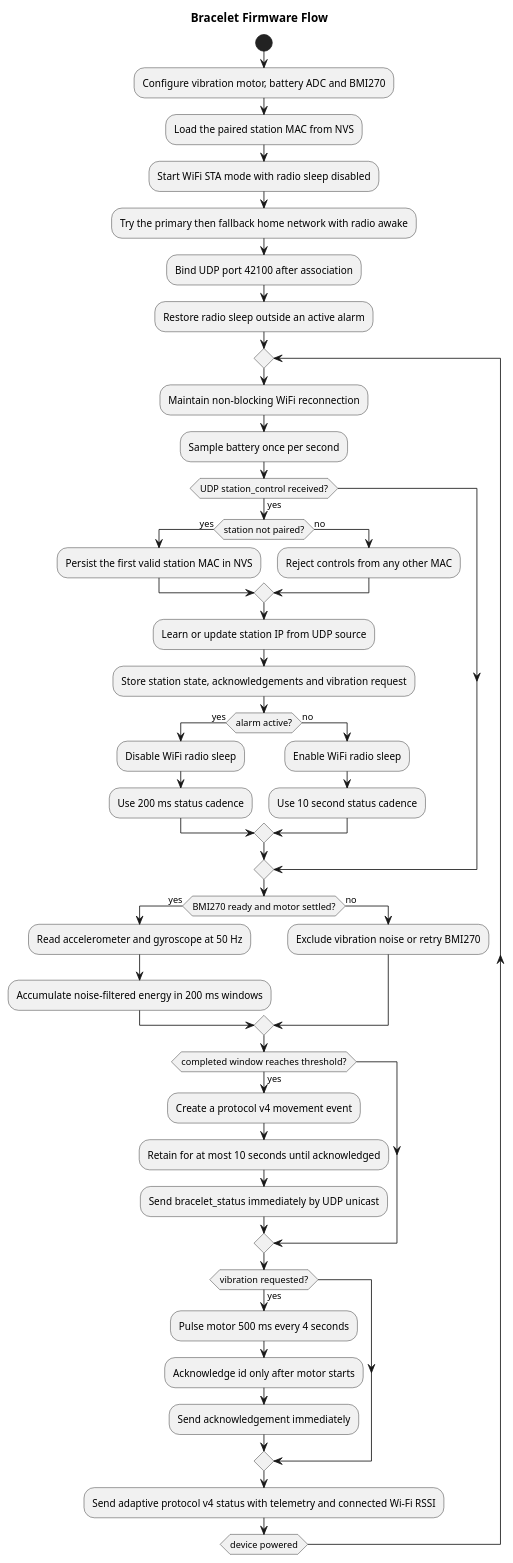
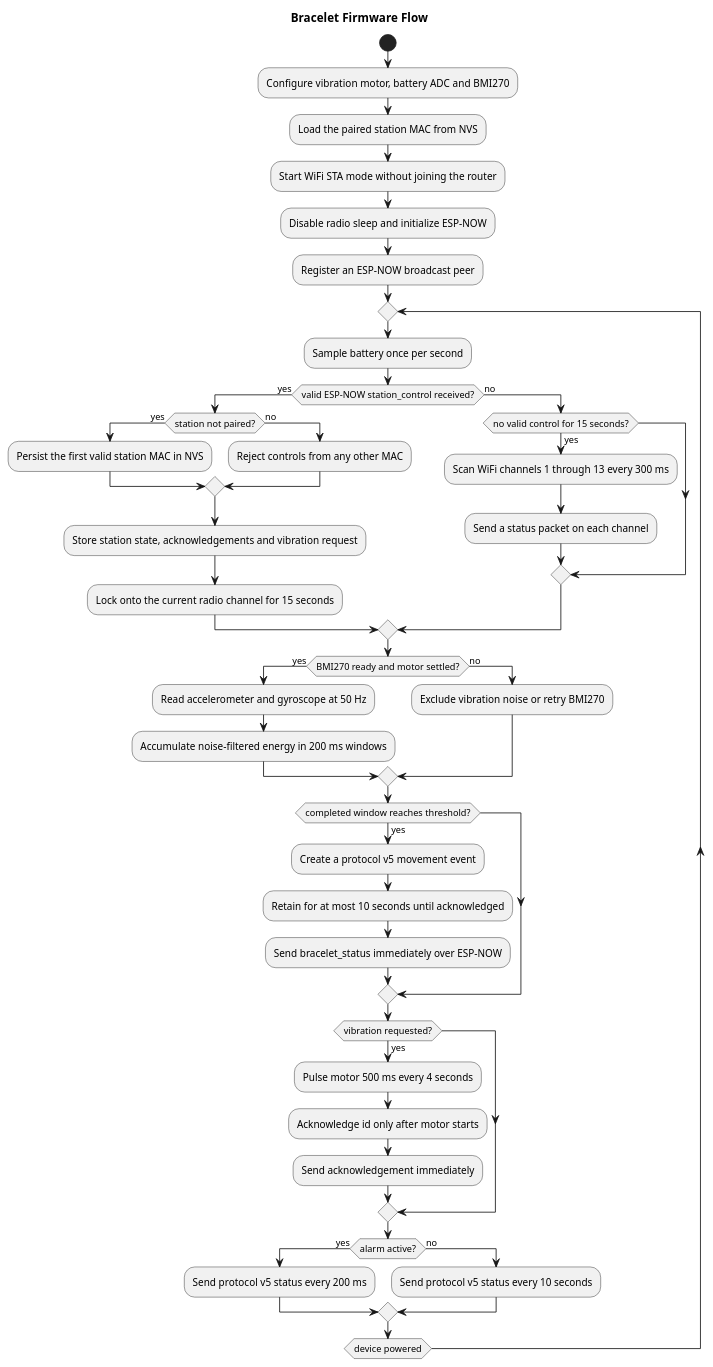
The diagram in code/bracelet/UML/bracelet_firmware_flow.puml (Jzn-wbr/Starter), drawn with PlantUML before and after one commit. The commit also changed 16 other files, not shown here.

Commit message:
Migrate alarm system to ESP-NOW and refine wake flow

```diff
--- a/code/bracelet/UML/bracelet_firmware_flow.puml
+++ b/code/bracelet/UML/bracelet_firmware_flow.puml
@@ -1,55 +1,55 @@
 @startuml
 title Bracelet Firmware Flow
 
 start
 :Configure vibration motor, battery ADC and BMI270;
 :Load the paired station MAC from NVS;
-:Start WiFi STA mode with radio sleep disabled;
-:Try the primary then fallback home network with radio awake;
-:Bind UDP port 42100 after association;
-:Restore radio sleep outside an active alarm;
+:Start WiFi STA mode without joining the router;
+:Disable radio sleep and initialize ESP-NOW;
+:Register an ESP-NOW broadcast peer;
 
 repeat
-  :Maintain non-blocking WiFi reconnection;
   :Sample battery once per second;
 
-  if (UDP station_control received?) then (yes)
+  if (valid ESP-NOW station_control received?) then (yes)
     if (station not paired?) then (yes)
       :Persist the first valid station MAC in NVS;
     else (no)
       :Reject controls from any other MAC;
     endif
-    :Learn or update station IP from UDP source;
     :Store station state, acknowledgements and vibration request;
-    if (alarm active?) then (yes)
-      :Disable WiFi radio sleep;
-      :Use 200 ms status cadence;
-    else (no)
-      :Enable WiFi radio sleep;
-      :Use 10 second status cadence;
+    :Lock onto the current radio channel for 15 seconds;
+  else (no)
+    if (no valid control for 15 seconds?) then (yes)
+      :Scan WiFi channels 1 through 13 every 300 ms;
+      :Send a status packet on each channel;
     endif
   endif
 
   if (BMI270 ready and motor settled?) then (yes)
     :Read accelerometer and gyroscope at 50 Hz;
     :Accumulate noise-filtered energy in 200 ms windows;
   else (no)
     :Exclude vibration noise or retry BMI270;
   endif
 
   if (completed window reaches threshold?) then (yes)
-    :Create a protocol v4 movement event;
+    :Create a protocol v5 movement event;
     :Retain for at most 10 seconds until acknowledged;
-    :Send bracelet_status immediately by UDP unicast;
+    :Send bracelet_status immediately over ESP-NOW;
   endif
 
   if (vibration requested?) then (yes)
     :Pulse motor 500 ms every 4 seconds;
     :Acknowledge id only after motor starts;
     :Send acknowledgement immediately;
   endif
 
-  :Send adaptive protocol v4 status with telemetry and connected Wi-Fi RSSI;
+  if (alarm active?) then (yes)
+    :Send protocol v5 status every 200 ms;
+  else (no)
+    :Send protocol v5 status every 10 seconds;
+  endif
 repeat while (device powered)
 
 @enduml
```
